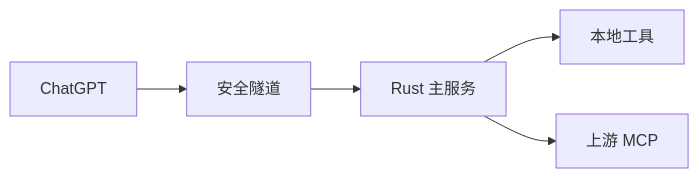
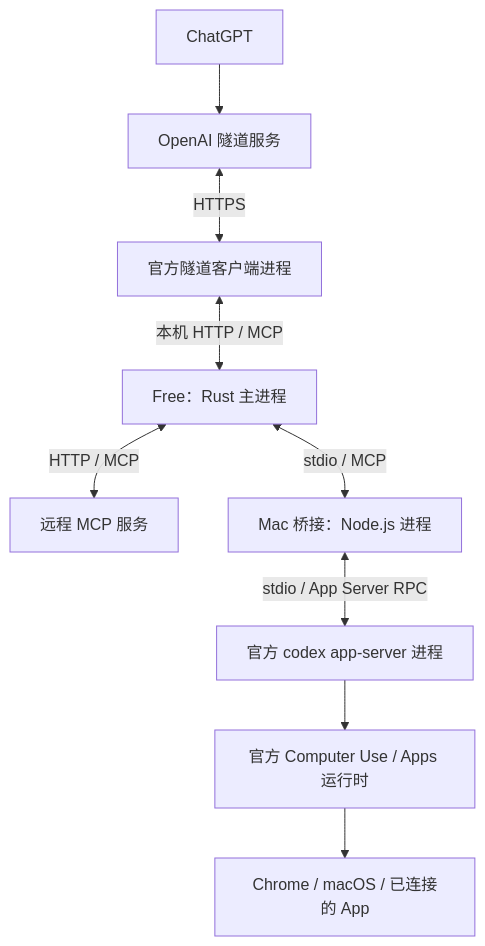
One commit to MikeManifold/codex-free changed the diagram in docs/ARCHITECTURE.md. Above: the diagram before and after it, drawn with Mermaid. The commit also changed other lines of this file and 1 other file, not shown here.

Commit message:
docs: explain runtime roles and Node bridge call flow

````diff
--- a/docs/ARCHITECTURE.md
+++ b/docs/ARCHITECTURE.md
@@ -7,6 +9,11 @@
 ```mermaid
-flowchart LR
-    ChatGPT --> Tunnel[安全隧道] --> Free[Rust 主服务]
-    Free --> Tools[本地工具]
-    Free --> MCP[上游 MCP]
+flowchart TD
+    ChatGPT --> Cloud[OpenAI 隧道服务]
+    Cloud <-->|HTTPS| Tunnel[官方隧道客户端进程]
+    Tunnel <-->|本机 HTTP / MCP| Free[Free：Rust 主进程]
+    Free <-->|HTTP / MCP| Remote[远程 MCP 服务]
+    Free <-->|stdio / MCP| Node[Mac 桥接：Node.js 进程]
+    Node <-->|stdio / App Server RPC| Codex[官方 codex app-server 进程]
+    Codex --> Host[官方 Computer Use / Apps 运行时]
+    Host --> Mac[Chrome / macOS / 已连接的 App]
 ```
````
